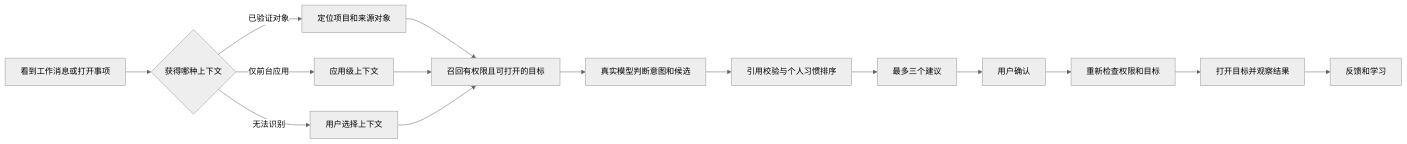
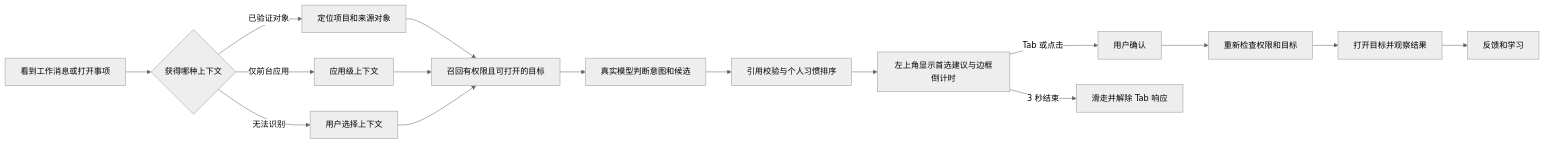
The first of 5 diagrams in docs/product/BUGU_猜你想做_完整实现方案.md (bread-ovO/bugu-notes), drawn with Mermaid (neutral theme) before and after one commit. The commit also changed other lines of this file and 2 other files, not shown here.

Commit message:
docs: define standalone timed jump hint with Tab confirmation

````diff
--- a/docs/product/BUGU_猜你想做_完整实现方案.md
+++ b/docs/product/BUGU_猜你想做_完整实现方案.md
@@ -60,17 +60,18 @@
 ```mermaid
 flowchart LR
   A[看到工作消息或打开事项] --> B{获得哪种上下文}
   B -->|已验证对象| C[定位项目和来源对象]
   B -->|仅前台应用| D[应用级上下文]
   B -->|无法识别| E[用户选择上下文]
   C --> F[召回有权限且可打开的目标]
   D --> F
   E --> F
   F --> G[真实模型判断意图和候选]
   G --> H[引用校验与个人习惯排序]
-  H --> I[最多三个建议]
-  I --> J[用户确认]
+  H --> I[左上角显示首选建议与边框倒计时]
+  I -->|Tab 或点击| J[用户确认]
+  I -->|3 秒结束| N[滑走并解除 Tab 响应]
   J --> K[重新检查权限和目标]
   K --> L[打开目标并观察结果]
   L --> M[反馈和学习]
 ```
````
